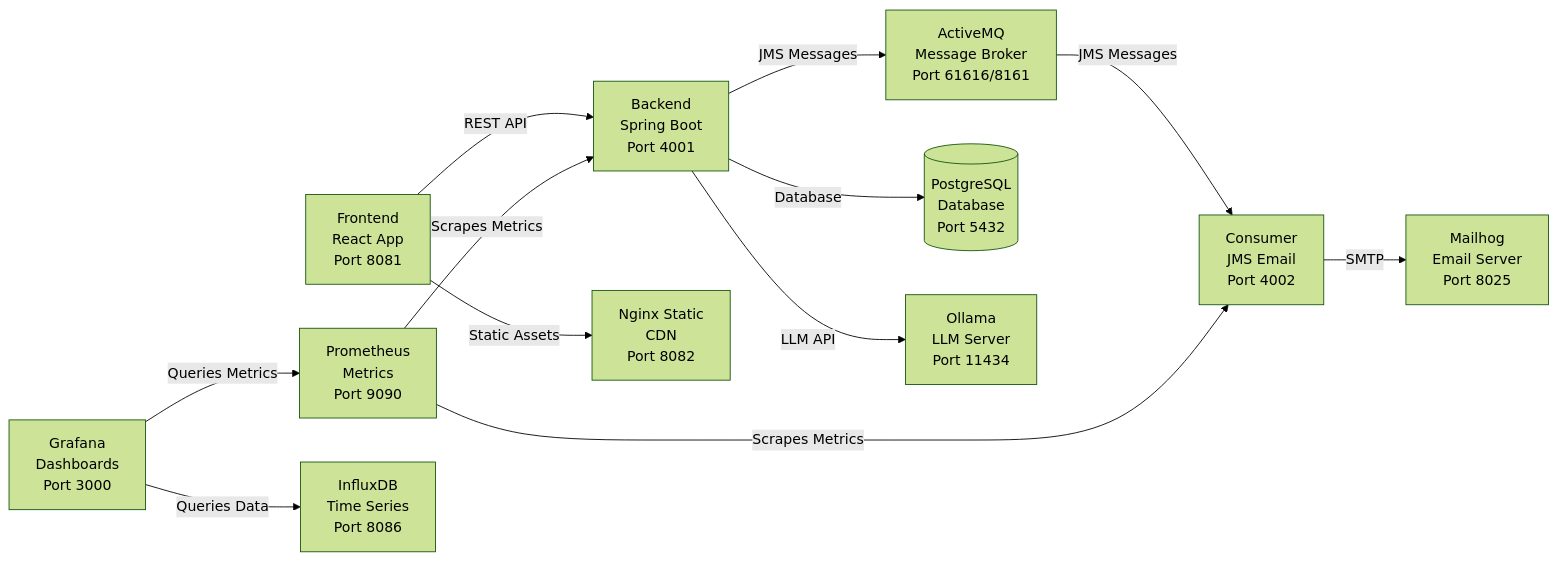
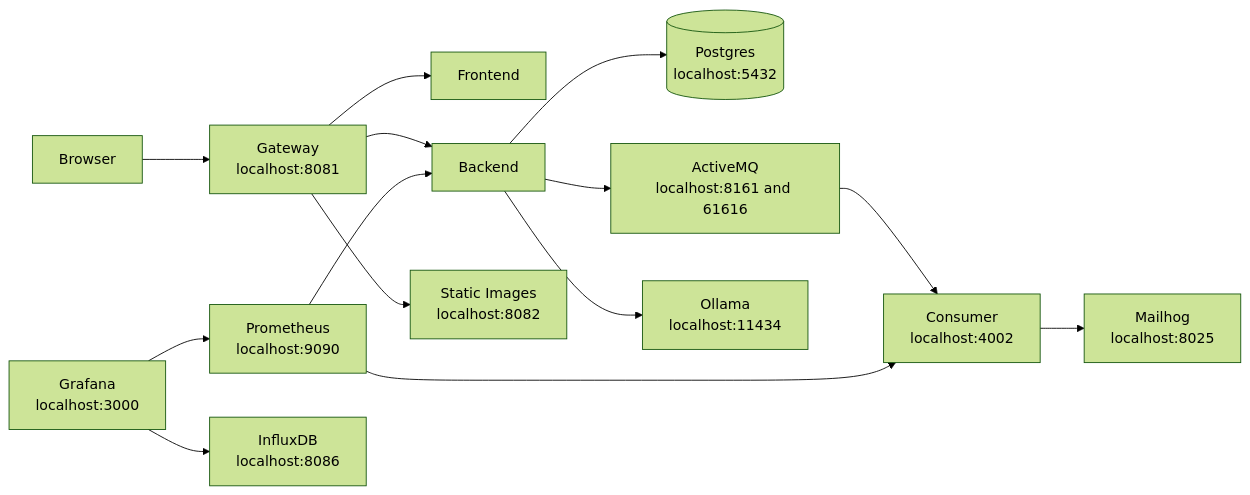
The second of 3 diagrams in README.md (slawekradzyminski/awesome-localstack), drawn with Mermaid (forest theme) before and after one commit. The commit also changed other lines of this file and 6 other files, not shown here.

````diff
--- a/README.md
+++ b/README.md
@@ -9,28 +115,30 @@
 ```mermaid
 flowchart LR
-    F[Frontend<br/>React App<br/>Port 8081]
-    B[Backend<br/>Spring Boot<br/>Port 4001]
-    MQ[ActiveMQ<br/>Message Broker<br/>Port 61616/8161]
-    C[Consumer<br/>JMS Email<br/>Port 4002]
-    E[Mailhog<br/>Email Server<br/>Port 8025]
-    DB[(PostgreSQL<br/>Database<br/>Port 5432)]
-    PM[Prometheus<br/>Metrics<br/>Port 9090]
-    IDB[InfluxDB<br/>Time Series<br/>Port 8086]
-    GF[Grafana<br/>Dashboards<br/>Port 3000]
-    O[Ollama<br/>LLM Server<br/>Port 11434]
-    CDN[Nginx Static<br/>CDN<br/>Port 8082]
+    U[Browser]
+    G[Gateway<br/>localhost:8081]
+    F[Frontend]
+    B[Backend]
+    S[Static Images<br/>localhost:8082]
+    DB[(Postgres<br/>localhost:5432)]
+    MQ[ActiveMQ<br/>localhost:8161 and 61616]
+    C[Consumer<br/>localhost:4002]
+    M[Mailhog<br/>localhost:8025]
+    O[Ollama<br/>localhost:11434]
+    P[Prometheus<br/>localhost:9090]
+    GR[Grafana<br/>localhost:3000]
+    I[InfluxDB<br/>localhost:8086]
 
-    F -- REST API --> B
-    B -- JMS Messages --> MQ
-    MQ -- JMS Messages --> C
-    C -- SMTP --> E
-    B -- Database --> DB
-    B -- LLM API --> O
-    F -- Static Assets --> CDN
-    
-    PM -- Scrapes Metrics --> B
-    PM -- Scrapes Metrics --> C
-    GF -- Queries Metrics --> PM
-    GF -- Queries Data --> IDB
-    
+    U --> G
+    G --> F
+    G --> B
+    G --> S
+    B --> DB
+    B --> MQ
+    MQ --> C
+    C --> M
+    B --> O
+    P --> B
+    P --> C
+    GR --> P
+    GR --> I
 ```
````
